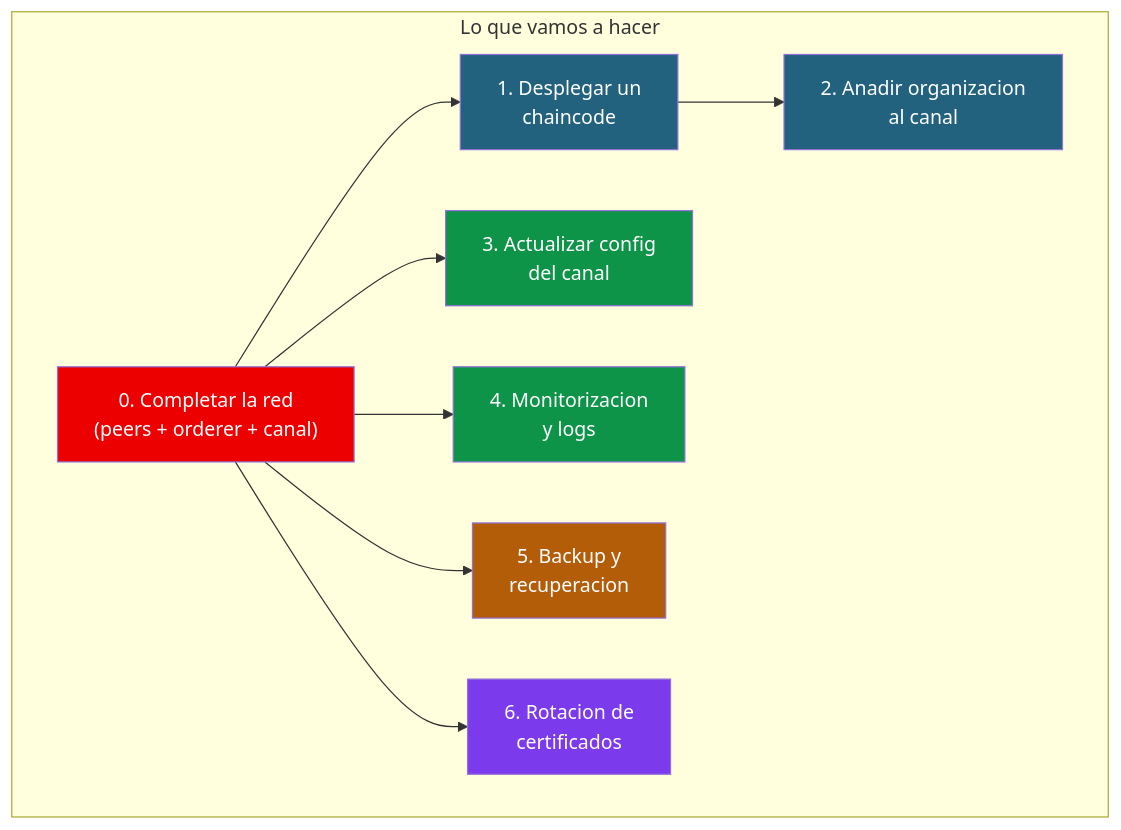
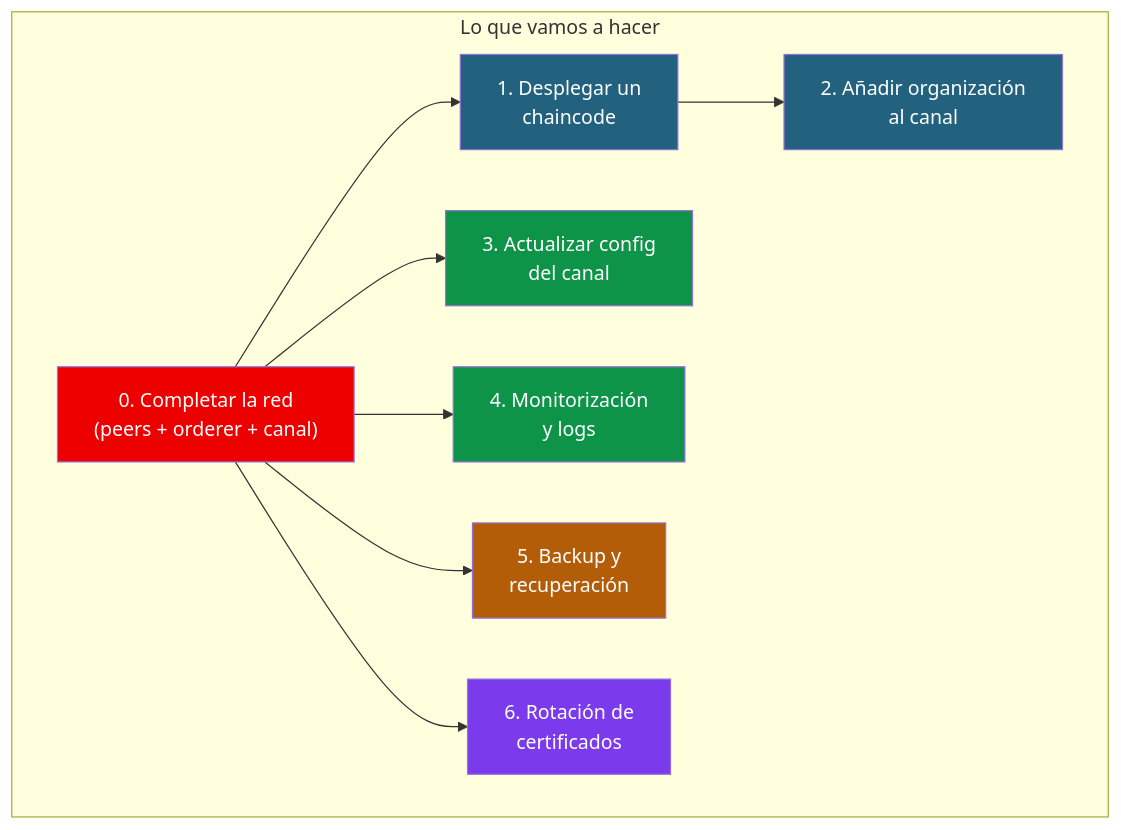
The first of 7 diagrams in Modulo-2/06-operaciones-administracion.md (jjnieto/Curso-HLFabric), drawn with Mermaid before and after one commit. The commit also changed other lines of this file, not shown here.

````diff
--- a/Modulo-2/06-operaciones-administracion.md
+++ b/Modulo-2/06-operaciones-administracion.md
@@ -7,26 +7,26 @@
 ```mermaid
 graph TB
     subgraph "Lo que vamos a hacer"
         A["0. Completar la red<br/>(peers + orderer + canal)"]
         B["1. Desplegar un<br/>chaincode"]
-        C["2. Anadir organizacion<br/>al canal"]
+        C["2. Añadir organización<br/>al canal"]
         D["3. Actualizar config<br/>del canal"]
-        E["4. Monitorizacion<br/>y logs"]
-        F["5. Backup y<br/>recuperacion"]
-        G["6. Rotacion de<br/>certificados"]
+        E["4. Monitorización<br/>y logs"]
+        F["5. Backup y<br/>recuperación"]
+        G["6. Rotación de<br/>certificados"]
     end
 
     A --> B --> C
     A --> D
     A --> E
     A --> F
     A --> G
 
     style A fill:#EC0000,color:#fff
     style B fill:#22627E,color:#fff
     style C fill:#22627E,color:#fff
     style D fill:#0D9448,color:#fff
     style E fill:#0D9448,color:#fff
     style F fill:#B45D09,color:#fff
     style G fill:#7C3AED,color:#fff
 ```
````
